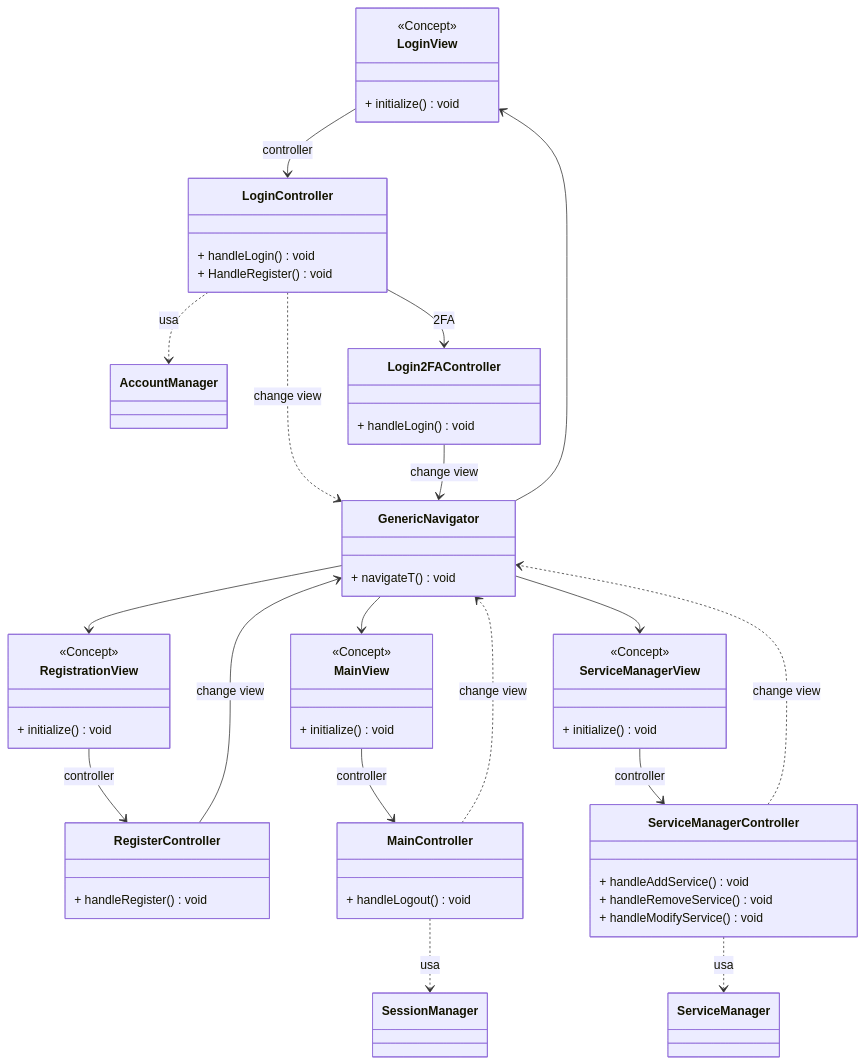
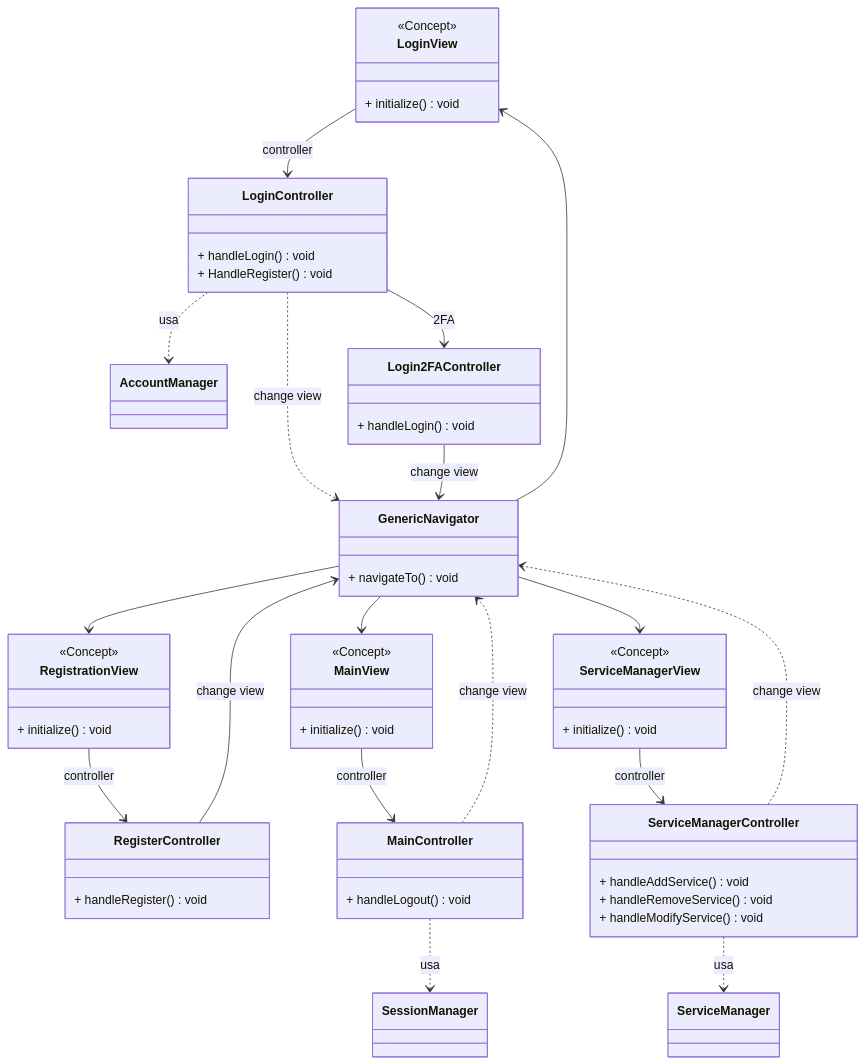
The second of 15 diagrams in Report.md (ZY-UNIVERSITA/Progetto-OOP), drawn with Mermaid before and after one commit. The commit also changed other lines of this file and 1 other file, not shown here.

````diff
--- a/Report.md
+++ b/Report.md
@@ -143,85 +143,85 @@
 ```mermaid
 
 classDiagram
 
     %% Model
     class AccountManager
 
     class ServiceManager
 
     class SessionManager
 
     %% View
     class LoginView {
         <<Concept>>
         + initialize() void
     }
 
     class RegistrationView {
         <<Concept>>
         + initialize() void
     }
 
     class MainView {
         <<Concept>>
         + initialize() void
     }
 
     class ServiceManagerView {
         <<Concept>>
         + initialize() void
     }
 
     %% Controller
     class LoginController {
         + handleLogin() void
         + HandleRegister() void
     }
 
     class Login2FAController {
         + handleLogin() void
     }
 
     class RegisterController {
         + handleRegister() void
     }
 
     class MainController {
         + handleLogout() void
     }
 
     class ServiceManagerController {
         + handleAddService() void
         + handleRemoveService() void
         + handleModifyService() void
     }
 
     class GenericNavigator {
-        + navigateT() void
+        + navigateTo() void
     }
 
     LoginView --> LoginController : controller
     RegistrationView --> RegisterController: controller
     MainView --> MainController : controller
     ServiceManagerView --> ServiceManagerController : controller
 
     LoginController ..> AccountManager : usa
     MainController ..> SessionManager : usa
     ServiceManagerController ..> ServiceManager : usa
 
     GenericNavigator --> LoginView
     GenericNavigator --> MainView
     GenericNavigator --> ServiceManagerView
     GenericNavigator --> RegistrationView
 
     LoginController --> Login2FAController : 2FA
 
     LoginController ..> GenericNavigator : change view
     Login2FAController --> GenericNavigator : change view
     RegisterController --> GenericNavigator: change view
     MainController ..> GenericNavigator : change view
     ServiceManagerController ..> GenericNavigator : change view
 
 
 
 ```
````
